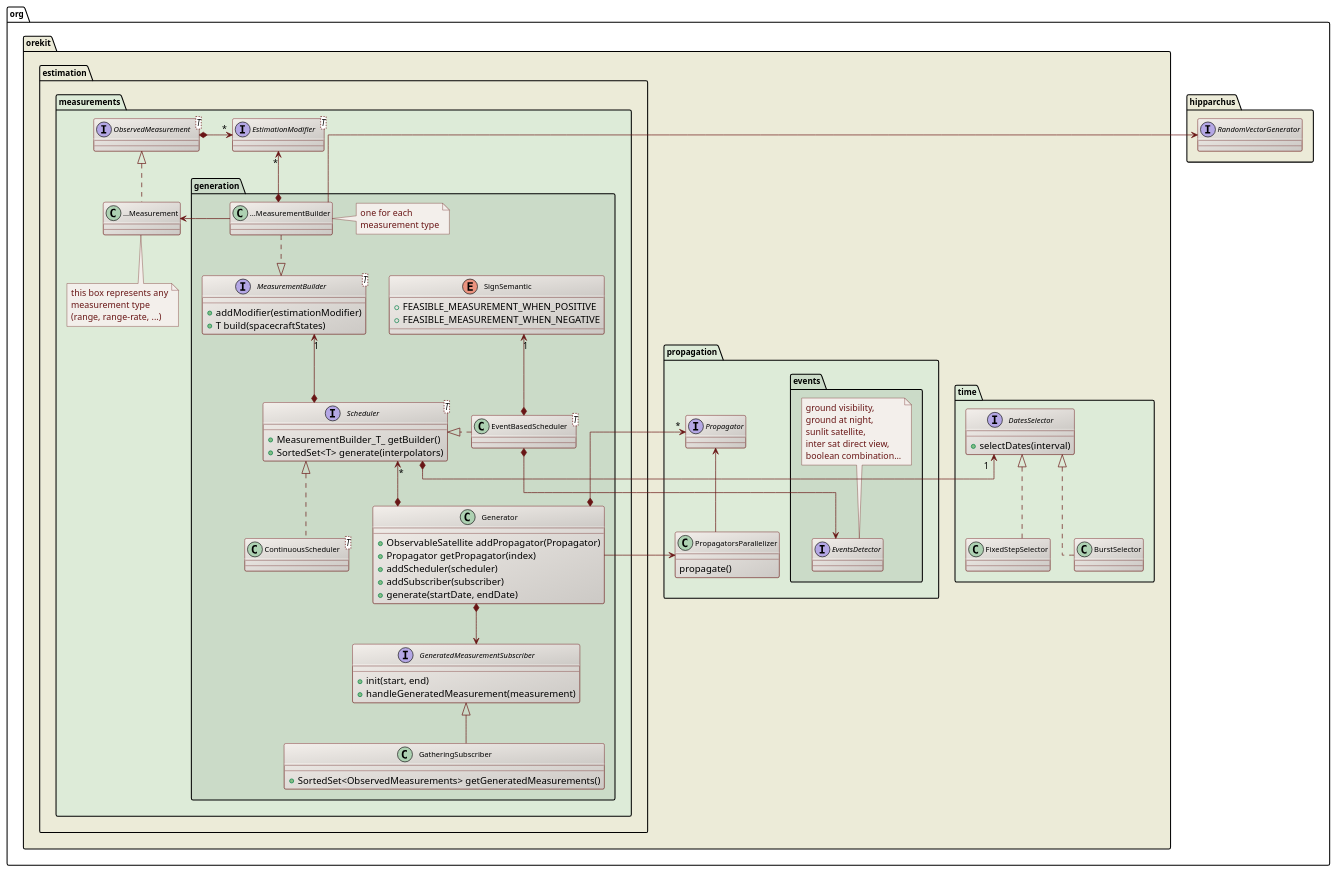
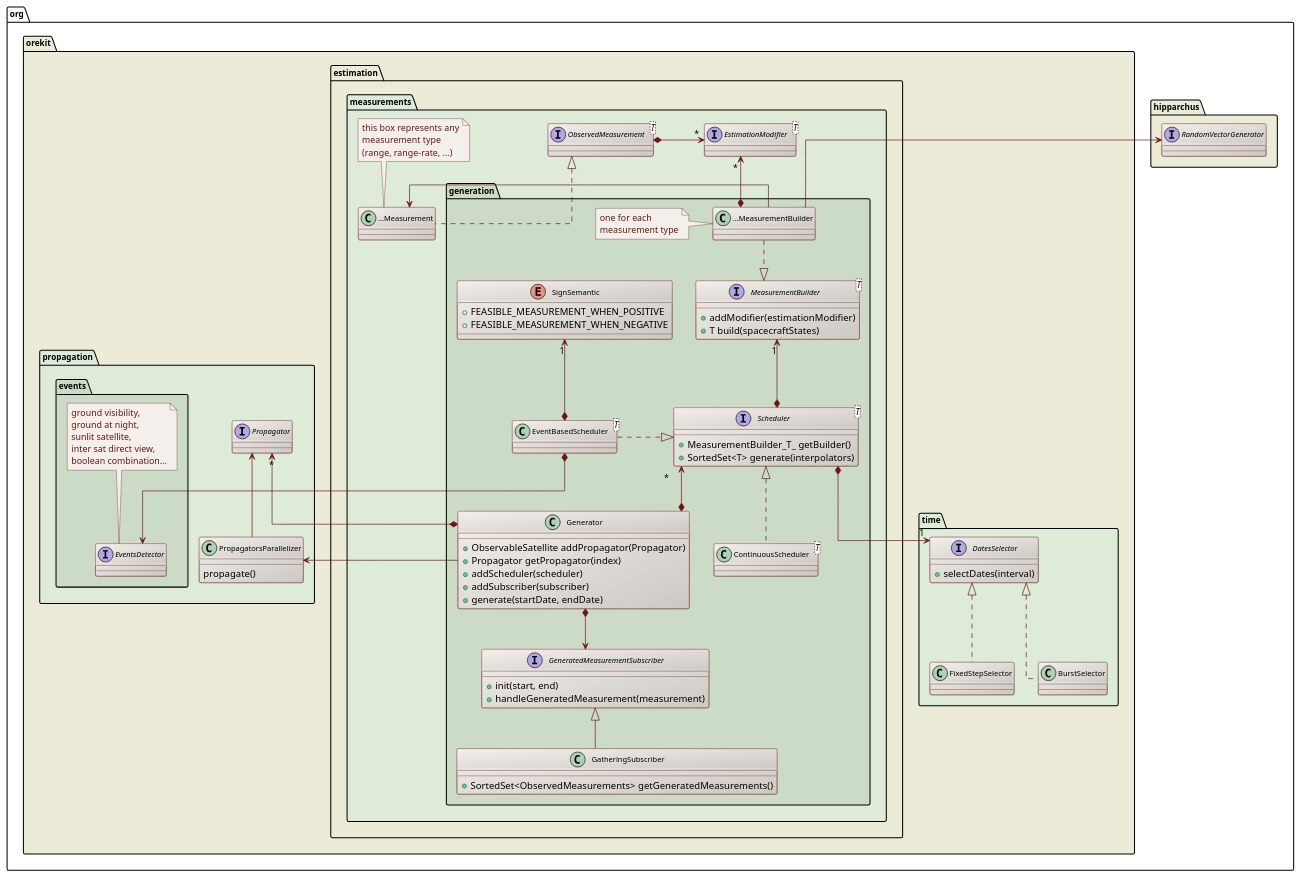
Before and after one commit to CS-SI/Orekit: the diagram in src/design/measurements-generation-class-diagram.puml, drawn with PlantUML. The commit also changed 2 other files, not shown here.

Commit message:
Updated diagrams.

```diff
--- a/src/design/measurements-generation-class-diagram.puml
+++ b/src/design/measurements-generation-class-diagram.puml
@@ -17,133 +17,133 @@
 @startuml
 
   skinparam svek                  true
   skinparam ClassBackgroundColor  #F3EFEB/CCC9C5
   skinparam ClassArrowColor       #691616
   skinparam ClassBorderColor      #691616
   skinparam NoteBackgroundColor   #F3EFEB
   skinparam NoteBorderColor       #691616
   skinparam NoteFontColor         #691616
   skinparam ClassFontSize         11
   skinparam PackageFontSize       12
   skinparam linetype              ortho
 
   package org.hipparchus #ECEBD8 {
       interface RandomVectorGenerator
   }
 
   package org.orekit #ECEBD8 {
 
     package propagation #DDEBD8 {
 
       package events #CBDBC8 {
         interface EventsDetector
         note top
           ground visibility,
           ground at night,
           sunlit satellite,
           inter sat direct view,
           boolean combination...
         end note
       }
 
       interface Propagator
       class PropagatorsParallelizer {
         propagate()
       }
       Propagator <-- PropagatorsParallelizer
 
     }
 
     package time #DDEBD8 {
         interface DatesSelector {
           +selectDates(interval)
         }
         class FixedStepSelector
         class BurstSelector
 
 
         DatesSelector <|.. FixedStepSelector
         DatesSelector <|.. BurstSelector
     }
 
     package estimation.measurements #DDEBD8 {
 
       package generation #CBDBC8 {
 
         interface "MeasurementBuilder<T>" as MeasurementBuilder_T_ {
           +addModifier(estimationModifier)
           +T build(spacecraftStates)
         }
 
         class "...MeasurementBuilder" as XXXMeasurementBuilder
-        note right
+        note left
           one for each
           measurement type
         end note
 
         class Generator {
           +ObservableSatellite addPropagator(Propagator)
           +Propagator getPropagator(index)
           +addScheduler(scheduler)
           +addSubscriber(subscriber)
           +generate(startDate, endDate)
         }
 
         enum SignSemantic {
           +FEASIBLE_MEASUREMENT_WHEN_POSITIVE
           +FEASIBLE_MEASUREMENT_WHEN_NEGATIVE
         }
         class "EventBasedScheduler<T>" as EventBasedScheduler_T_
         class "ContinuousScheduler<T>" as ContinuousScheduler_T_
 
         interface "Scheduler<T>" as Scheduler_T_ {
           +MeasurementBuilder_T_ getBuilder()
           +SortedSet<T> generate(interpolators)
         }
 
         interface GeneratedMeasurementSubscriber {
           +init(start, end)
           +handleGeneratedMeasurement(measurement)
         }
 
         class GatheringSubscriber {
           +SortedSet<ObservedMeasurements> getGeneratedMeasurements()
         }
 
         XXXMeasurementBuilder       ..|>          MeasurementBuilder_T_
         MeasurementBuilder_T_ "1" <--* Scheduler_T_
         RandomVectorGenerator <-- XXXMeasurementBuilder
         SignSemantic "1" <--* EventBasedScheduler_T_
         Scheduler_T_ <|.left. EventBasedScheduler_T_
         Scheduler_T_ <|.. ContinuousScheduler_T_
         Scheduler_T_ "*" <--* Generator
         Generator *--> GeneratedMeasurementSubscriber
         GeneratedMeasurementSubscriber <|-- GatheringSubscriber
-        EventBasedScheduler_T_ *--> EventsDetector
+        EventsDetector <--* EventBasedScheduler_T_
   
         Generator --> PropagatorsParallelizer
         Propagator "*" <--* Generator
 
       }
 
       interface "EstimationModifier<T>" as EstimationModifier_T_
       interface "ObservedMeasurement<T>" as ObservedMeasurement_T_
       class "...Measurement" as XXXMeasurement
-      note bottom
+      note top
         this box represents any
         measurement type
         (range, range-rate, ...)
       end note
 
  
       EstimationModifier_T_  "*" <-left-*      ObservedMeasurement_T_ 
       ObservedMeasurement_T_     <|..          XXXMeasurement
       XXXMeasurement <-left- XXXMeasurementBuilder
       EstimationModifier_T_ "*" <--* XXXMeasurementBuilder 
 
-      DatesSelector "1" <-right-* Scheduler_T_
+      Scheduler_T_ *--> "1" DatesSelector
     }
 
   }
 
 @enduml
```
